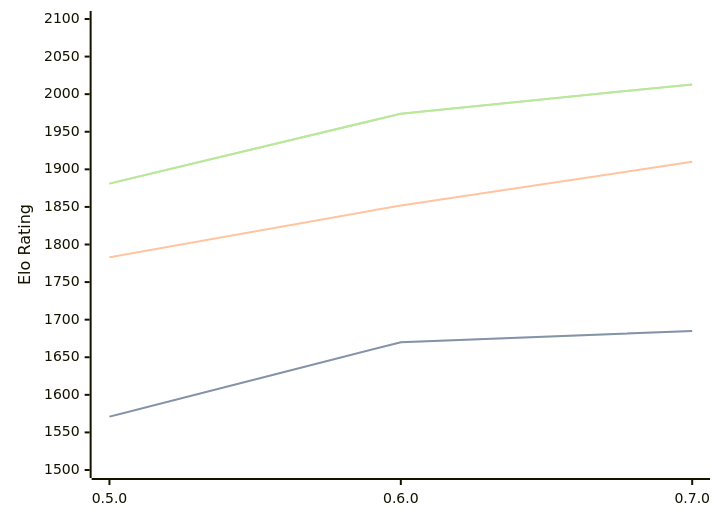
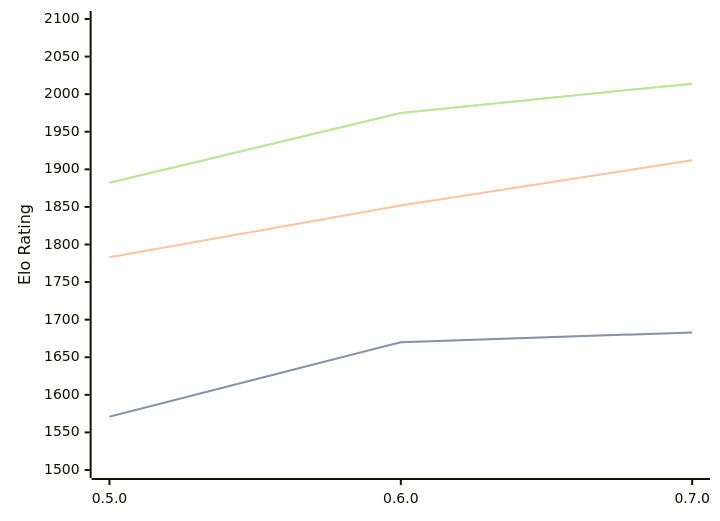
Before and after one commit to computer-chess-index/cci: the first of 3 diagrams in engines/Chess-rs.md, drawn with Mermaid. The commit also changed other lines of this file, not shown here.

Commit message:
Update CCI Ratings (ELO VLTC) - 2026-06-30

````diff
--- a/engines/Chess-rs.md
+++ b/engines/Chess-rs.md
@@ -41,11 +41,11 @@
 ```mermaid
 %%{init: {"theme":"base","themeVariables":{"seriesColors:['#a3a3a3','#222221','#faa371']}}}%%
 xychart-beta
   x-axis ["0.5.0", "0.6.0", "0.7.0"]
   y-axis "Elo Rating" 1500 --> 2100
-  line "STC (8.0+0.08s)" [1571, 1670, 1685]
-  line "STC (8.0+0.08s)" [1571, 1670, 1685]
-  line "LTC (60.0+0.60s)" [1783, 1852, 1910]
-  line "VLTC (2m24s+1.12s)" [1881, 1974, 2013]
-  line "VLTC (2m24s+1.12s)" [1881, 1974, 2013]
+  line "STC (8.0+0.08s)" [1571, 1670, 1683]
+  line "STC (8.0+0.08s)" [1571, 1670, 1683]
+  line "LTC (60.0+0.60s)" [1783, 1852, 1912]
+  line "VLTC (2m24s+1.12s)" [1882, 1975, 2014]
+  line "VLTC (2m24s+1.12s)" [1882, 1975, 2014]
 ```
````
